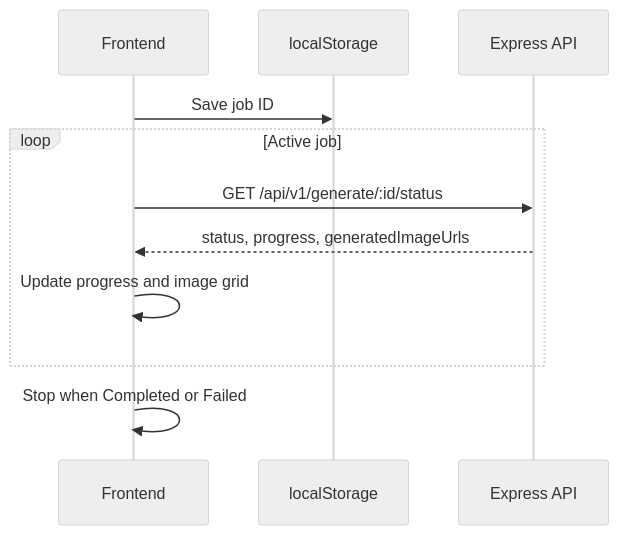
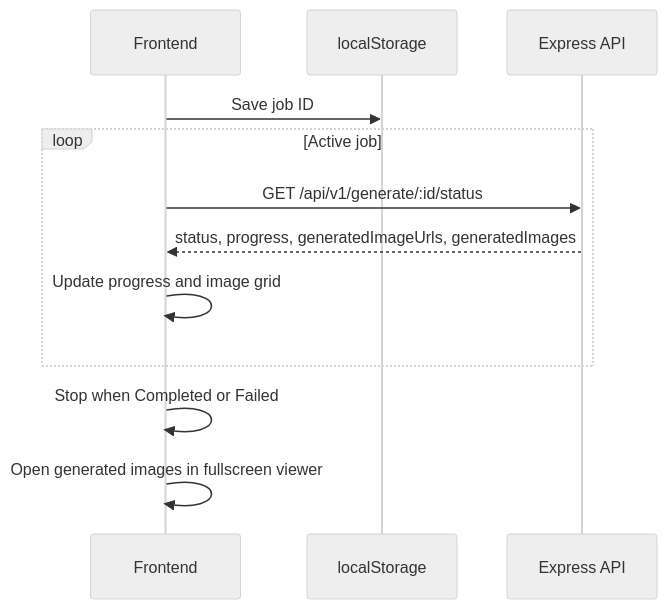
The fifth of 6 diagrams in docs/appflow.md (Rahul-Shetty-10/photo_album), drawn with Mermaid (neutral theme) before and after one commit. The commit also changed other lines of this file and 20 other files, not shown here.

````diff
--- a/docs/appflow.md
+++ b/docs/appflow.md
@@ -120,14 +120,15 @@
 ```mermaid
 sequenceDiagram
     participant FE as Frontend
     participant LS as localStorage
     participant API as Express API
 
     FE->>LS: Save job ID
     loop Active job
         FE->>API: GET /api/v1/generate/:id/status
-        API-->>FE: status, progress, generatedImageUrls
+        API-->>FE: status, progress, generatedImageUrls, generatedImages
         FE->>FE: Update progress and image grid
     end
     FE->>FE: Stop when Completed or Failed
+    FE->>FE: Open generated images in fullscreen viewer
 ```
````
